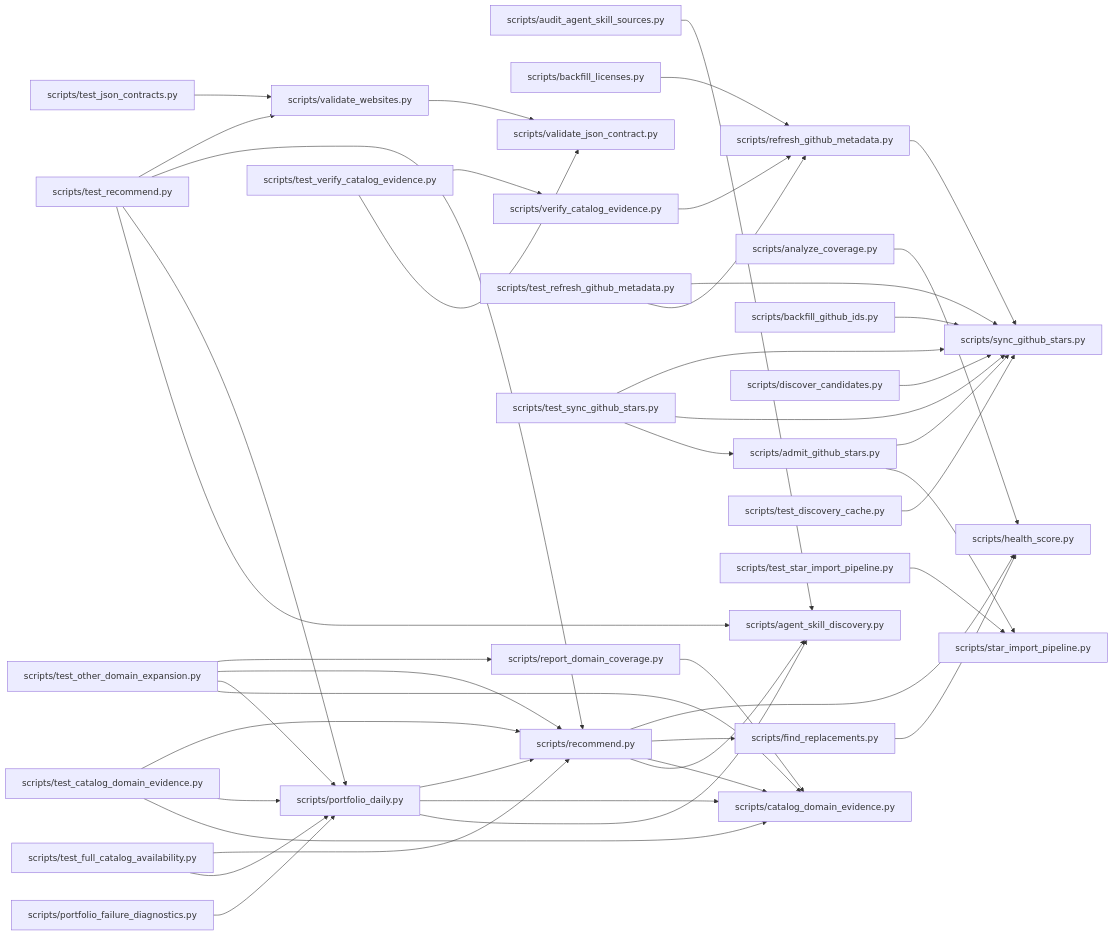
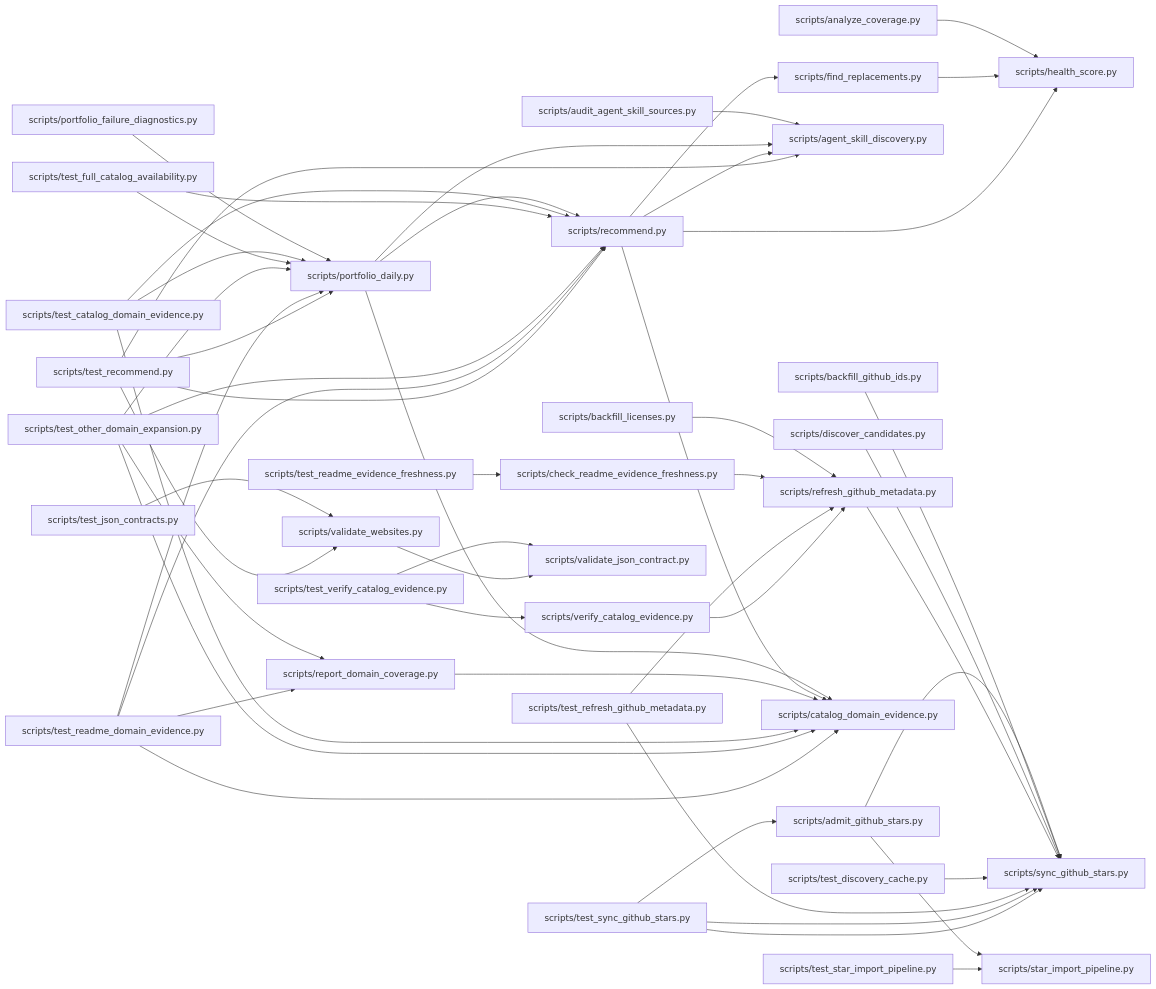
Before and after one commit to dbrckk/star-list: the diagram in .ai/brain/architecture.mmd, drawn with Mermaid. The commit also changed 89 other files, not shown here.

```diff
--- a/.ai/brain/architecture.mmd
+++ b/.ai/brain/architecture.mmd
@@ -1,44 +1,50 @@
 flowchart LR
   n8d03612ec4["scripts/admit_github_stars.py"] --> n83b2d4016a["scripts/star_import_pipeline.py"]
   n8d03612ec4["scripts/admit_github_stars.py"] --> n9ec765cbfe["scripts/sync_github_stars.py"]
   n493b546fce["scripts/analyze_coverage.py"] --> n61da7feb3f["scripts/health_score.py"]
   nf8bb101102["scripts/audit_agent_skill_sources.py"] --> n6f6651784c["scripts/agent_skill_discovery.py"]
   n492d5ac0a2["scripts/backfill_github_ids.py"] --> n9ec765cbfe["scripts/sync_github_stars.py"]
   nbea452dbc9["scripts/backfill_licenses.py"] --> n673a0bb367["scripts/refresh_github_metadata.py"]
+  naae347dd10["scripts/check_readme_evidence_freshness.py"] --> n673a0bb367["scripts/refresh_github_metadata.py"]
   n19fd372d41["scripts/discover_candidates.py"] --> n9ec765cbfe["scripts/sync_github_stars.py"]
   n3c5af248bc["scripts/find_replacements.py"] --> n61da7feb3f["scripts/health_score.py"]
   n9c65ddcee9["scripts/portfolio_daily.py"] --> n6f6651784c["scripts/agent_skill_discovery.py"]
   n9c65ddcee9["scripts/portfolio_daily.py"] --> n3273839e7c["scripts/catalog_domain_evidence.py"]
   n9c65ddcee9["scripts/portfolio_daily.py"] --> n6b33751c21["scripts/recommend.py"]
   nc1854cfb67["scripts/portfolio_failure_diagnostics.py"] --> n9c65ddcee9["scripts/portfolio_daily.py"]
   n6b33751c21["scripts/recommend.py"] --> n6f6651784c["scripts/agent_skill_discovery.py"]
   n6b33751c21["scripts/recommend.py"] --> n3273839e7c["scripts/catalog_domain_evidence.py"]
   n6b33751c21["scripts/recommend.py"] --> n3c5af248bc["scripts/find_replacements.py"]
   n6b33751c21["scripts/recommend.py"] --> n61da7feb3f["scripts/health_score.py"]
   n673a0bb367["scripts/refresh_github_metadata.py"] --> n9ec765cbfe["scripts/sync_github_stars.py"]
   n37a9e6f7d5["scripts/report_domain_coverage.py"] --> n3273839e7c["scripts/catalog_domain_evidence.py"]
   ne204f959dc["scripts/test_catalog_domain_evidence.py"] --> n3273839e7c["scripts/catalog_domain_evidence.py"]
   ne204f959dc["scripts/test_catalog_domain_evidence.py"] --> n9c65ddcee9["scripts/portfolio_daily.py"]
   ne204f959dc["scripts/test_catalog_domain_evidence.py"] --> n6b33751c21["scripts/recommend.py"]
   n5d2467085c["scripts/test_discovery_cache.py"] --> n9ec765cbfe["scripts/sync_github_stars.py"]
   n4909bff5b8["scripts/test_full_catalog_availability.py"] --> n9c65ddcee9["scripts/portfolio_daily.py"]
   n4909bff5b8["scripts/test_full_catalog_availability.py"] --> n6b33751c21["scripts/recommend.py"]
   n116275bc4e["scripts/test_json_contracts.py"] --> nd96d7a95bb["scripts/validate_websites.py"]
   nf05c8959e5["scripts/test_other_domain_expansion.py"] --> n3273839e7c["scripts/catalog_domain_evidence.py"]
   nf05c8959e5["scripts/test_other_domain_expansion.py"] --> n9c65ddcee9["scripts/portfolio_daily.py"]
   nf05c8959e5["scripts/test_other_domain_expansion.py"] --> n6b33751c21["scripts/recommend.py"]
   nf05c8959e5["scripts/test_other_domain_expansion.py"] --> n37a9e6f7d5["scripts/report_domain_coverage.py"]
+  n866b1eef71["scripts/test_readme_domain_evidence.py"] --> n3273839e7c["scripts/catalog_domain_evidence.py"]
+  n866b1eef71["scripts/test_readme_domain_evidence.py"] --> n9c65ddcee9["scripts/portfolio_daily.py"]
+  n866b1eef71["scripts/test_readme_domain_evidence.py"] --> n6b33751c21["scripts/recommend.py"]
+  n866b1eef71["scripts/test_readme_domain_evidence.py"] --> n37a9e6f7d5["scripts/report_domain_coverage.py"]
+  nbaf3184412["scripts/test_readme_evidence_freshness.py"] --> naae347dd10["scripts/check_readme_evidence_freshness.py"]
   n351bd21466["scripts/test_recommend.py"] --> n6f6651784c["scripts/agent_skill_discovery.py"]
   n351bd21466["scripts/test_recommend.py"] --> n9c65ddcee9["scripts/portfolio_daily.py"]
   n351bd21466["scripts/test_recommend.py"] --> n6b33751c21["scripts/recommend.py"]
   n351bd21466["scripts/test_recommend.py"] --> nd96d7a95bb["scripts/validate_websites.py"]
   nfc3af7e38e["scripts/test_refresh_github_metadata.py"] --> n673a0bb367["scripts/refresh_github_metadata.py"]
   nfc3af7e38e["scripts/test_refresh_github_metadata.py"] --> n9ec765cbfe["scripts/sync_github_stars.py"]
   n0c8a572d8b["scripts/test_star_import_pipeline.py"] --> n83b2d4016a["scripts/star_import_pipeline.py"]
   n895eef35e5["scripts/test_sync_github_stars.py"] --> n8d03612ec4["scripts/admit_github_stars.py"]
   n895eef35e5["scripts/test_sync_github_stars.py"] --> n9ec765cbfe["scripts/sync_github_stars.py"]
   nf529075003["scripts/test_verify_catalog_evidence.py"] --> nbd2a675ab8["scripts/validate_json_contract.py"]
   nf529075003["scripts/test_verify_catalog_evidence.py"] --> n387ca81352["scripts/verify_catalog_evidence.py"]
   nd96d7a95bb["scripts/validate_websites.py"] --> nbd2a675ab8["scripts/validate_json_contract.py"]
   n387ca81352["scripts/verify_catalog_evidence.py"] --> n673a0bb367["scripts/refresh_github_metadata.py"]
   n895eef35e5["scripts/test_sync_github_stars.py"] --> n9ec765cbfe["scripts/sync_github_stars.py"]
```
